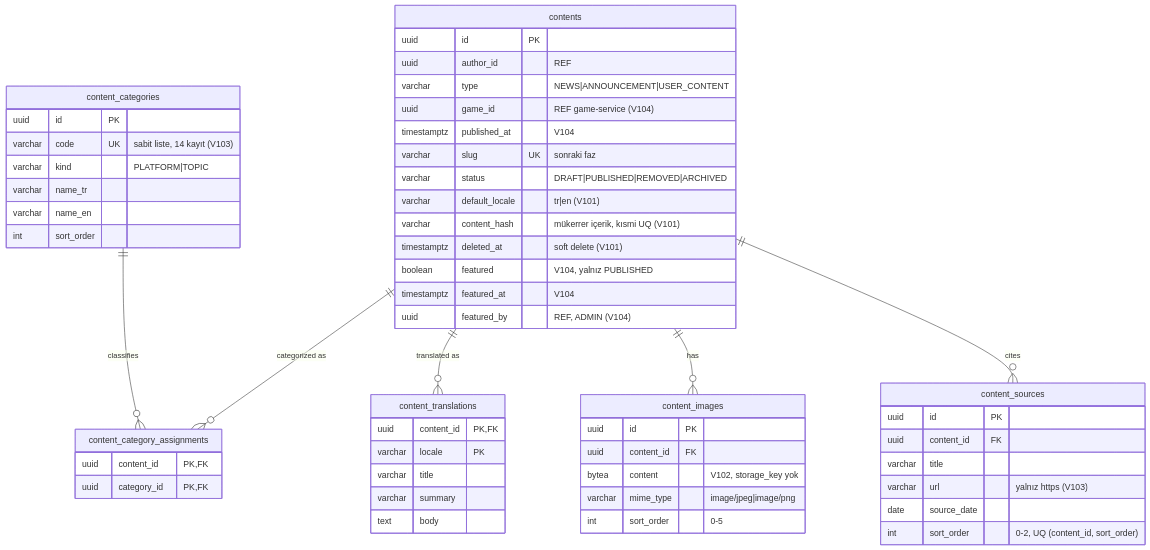
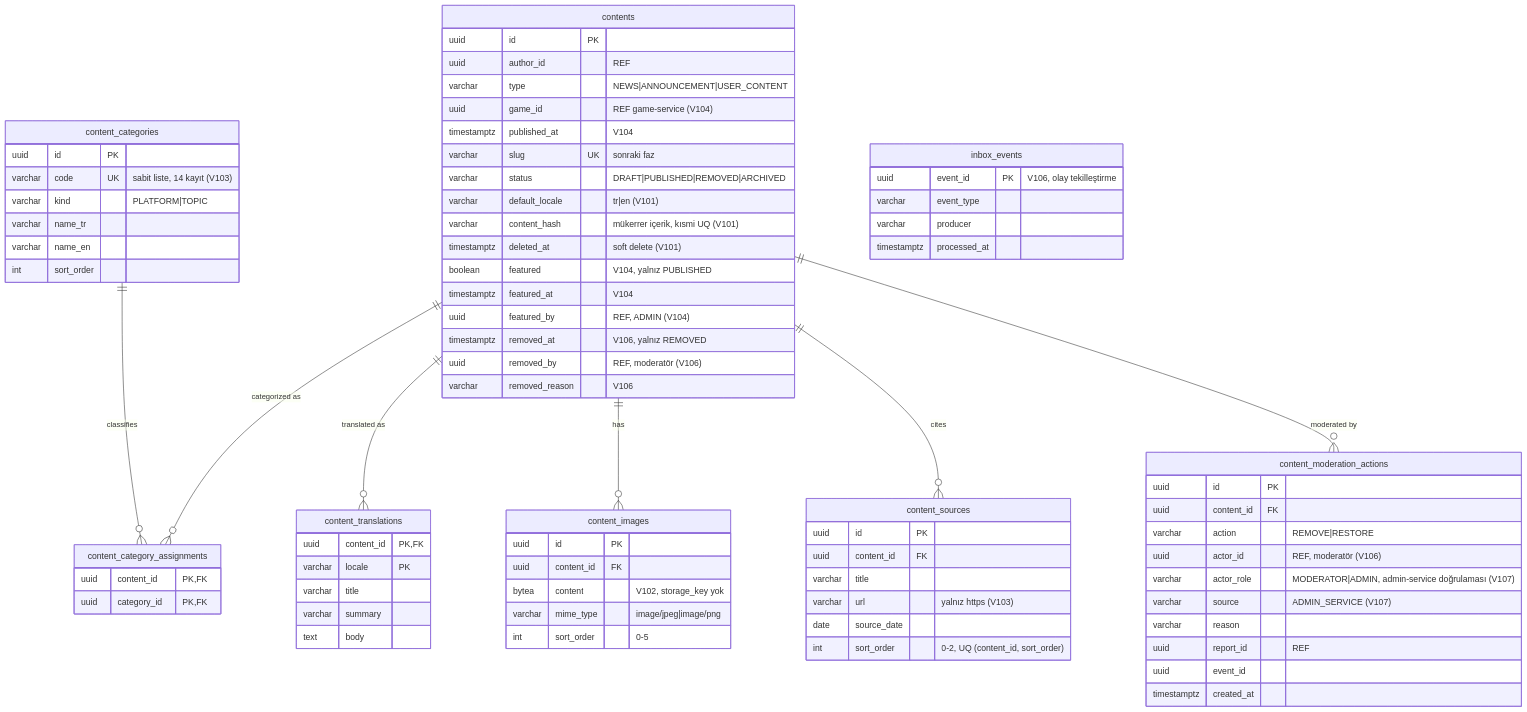
Diagram 17 of 31 in docs/er-diagram.md (alperrte/lobbytwozero), drawn with Mermaid before and after one commit. The commit also changed 55 other files, not shown here.

````diff
--- a/docs/er-diagram.md
+++ b/docs/er-diagram.md
@@ -867,58 +867,80 @@
 ```mermaid
 erDiagram
   content_categories ||--o{ content_category_assignments : classifies
   contents ||--o{ content_category_assignments : "categorized as"
   contents ||--o{ content_translations : "translated as"
   contents ||--o{ content_images : has
   contents ||--o{ content_sources : cites
+  contents ||--o{ content_moderation_actions : "moderated by"
 
   content_categories {
     uuid id PK
     varchar code UK "sabit liste, 14 kayıt (V103)"
     varchar kind "PLATFORM|TOPIC"
     varchar name_tr
     varchar name_en
     int sort_order
   }
   content_category_assignments {
     uuid content_id PK,FK
     uuid category_id PK,FK
   }
   contents {
     uuid id PK
     uuid author_id "REF"
     varchar type "NEWS|ANNOUNCEMENT|USER_CONTENT"
     uuid game_id "REF game-service (V104)"
     timestamptz published_at "V104"
     varchar slug UK "sonraki faz"
     varchar status "DRAFT|PUBLISHED|REMOVED|ARCHIVED"
     varchar default_locale "tr|en (V101)"
     varchar content_hash "mükerrer içerik, kısmi UQ (V101)"
     timestamptz deleted_at "soft delete (V101)"
     boolean featured "V104, yalnız PUBLISHED"
     timestamptz featured_at "V104"
     uuid featured_by "REF, ADMIN (V104)"
+    timestamptz removed_at "V106, yalnız REMOVED"
+    uuid removed_by "REF, moderatör (V106)"
+    varchar removed_reason "V106"
   }
   content_translations {
     uuid content_id PK,FK
     varchar locale PK
     varchar title
     varchar summary
     text body
   }
   content_images {
     uuid id PK
     uuid content_id FK
     bytea content "V102, storage_key yok"
     varchar mime_type "image/jpeg|image/png"
     int sort_order "0-5"
   }
   content_sources {
     uuid id PK
     uuid content_id FK
     varchar title
     varchar url "yalnız https (V103)"
     date source_date
     int sort_order "0-2, UQ (content_id, sort_order)"
   }
+  content_moderation_actions {
+    uuid id PK
+    uuid content_id FK
+    varchar action "REMOVE|RESTORE"
+    uuid actor_id "REF, moderatör (V106)"
+    varchar actor_role "MODERATOR|ADMIN, admin-service doğrulaması (V107)"
+    varchar source "ADMIN_SERVICE (V107)"
+    varchar reason
+    uuid report_id "REF"
+    uuid event_id
+    timestamptz created_at
+  }
+  inbox_events {
+    uuid event_id PK "V106, olay tekilleştirme"
+    varchar event_type
+    varchar producer
+    timestamptz processed_at
+  }
 ```
````
